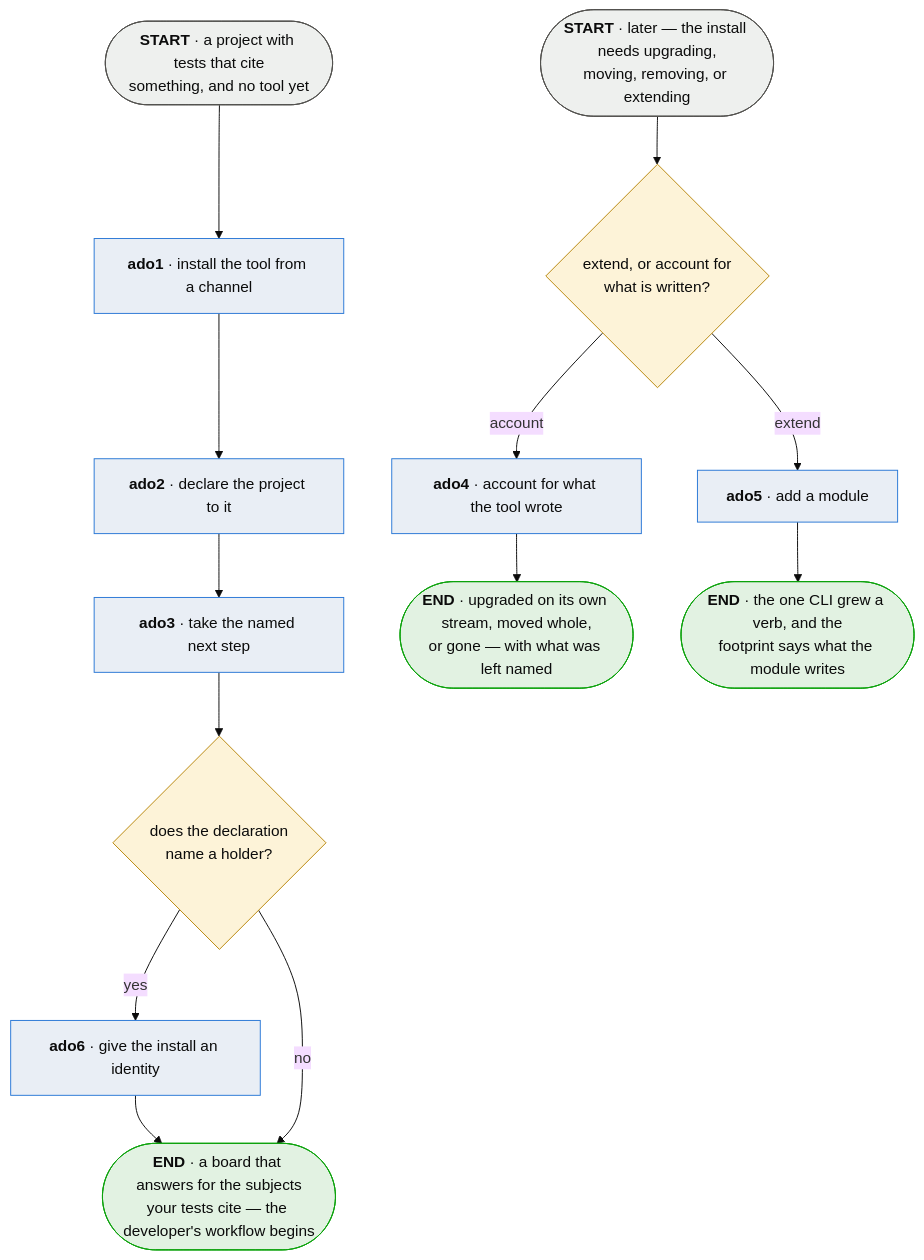
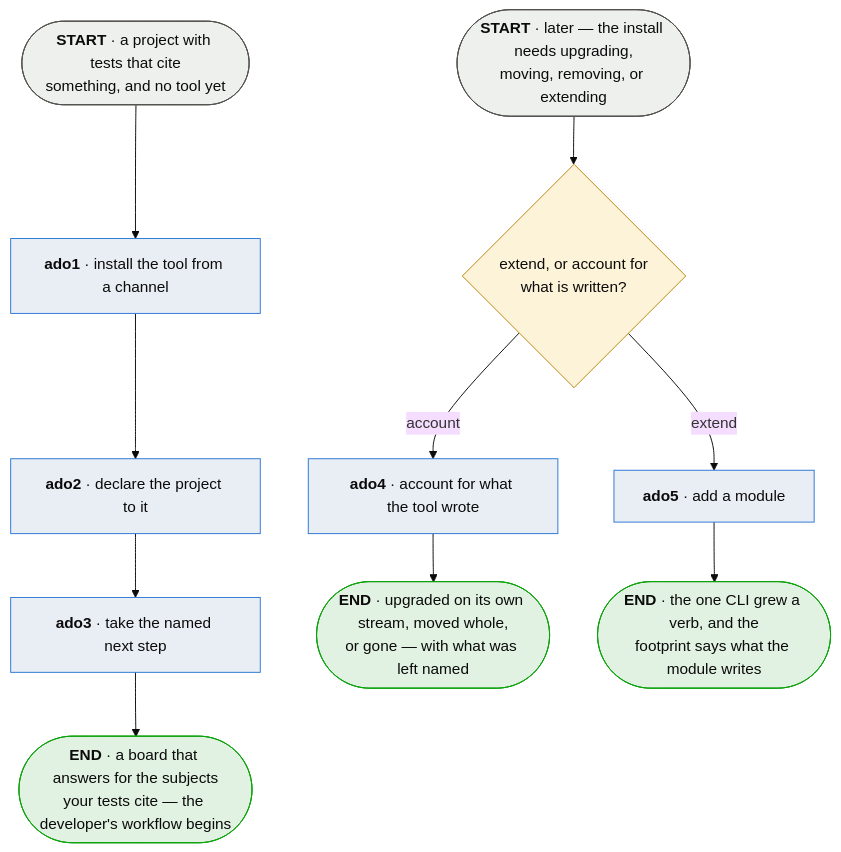
Before and after one commit to plumbspec/plumb: the diagram in spec/diagrams/ado-bring-plumb-to-a-project.md, drawn with Mermaid (base theme). The commit also changed other lines of this file and 20 other files, not shown here.

Commit message:
spec: the address is the credential, so the install holds no identity (96e39e0) spec: snd3 hands over with the destination's credential, and signs nothing (3a6b4a6) account: the address is the credential, and the install holds no key (614dcbe)

````diff
--- a/spec/diagrams/ado-bring-plumb-to-a-project.md
+++ b/spec/diagrams/ado-bring-plumb-to-a-project.md
@@ -10,31 +10,27 @@
 ```mermaid
 flowchart TD
     IN([<b>START</b> · a project with tests that cite<br/>something, and no tool yet]):::terminal
 
     INST[<b>ado1</b> · install the tool from a channel]:::process
     DECL[<b>ado2</b> · declare the project to it]:::process
     NEXT[<b>ado3</b> · take the named next step]:::process
-    HOLDQ{does the declaration<br/>name a holder?}:::question
-    IDEN[<b>ado6</b> · give the install an identity]:::process
 
     OUT([<b>END</b> · a board that answers for the subjects<br/>your tests cite — the developer's workflow begins]):::good
 
     LATER([<b>START</b> · later — the install needs upgrading,<br/>moving, removing, or extending]):::terminal
     WHICHQ{extend, or account for<br/>what is written?}:::question
     MAINT[<b>ado4</b> · account for what the tool wrote]:::process
     MODADD[<b>ado5</b> · add a module]:::process
     DONE([<b>END</b> · upgraded on its own stream, moved whole,<br/>or gone — with what was left named]):::good
     GREW([<b>END</b> · the one CLI grew a verb, and the<br/>footprint says what the module writes]):::good
 
-    IN --> INST --> DECL --> NEXT --> HOLDQ
-    HOLDQ -->|yes| IDEN --> OUT
-    HOLDQ -->|no| OUT
+    IN --> INST --> DECL --> NEXT --> OUT
     LATER --> WHICHQ
     WHICHQ -->|account| MAINT --> DONE
     WHICHQ -->|extend| MODADD --> GREW
 
     classDef terminal fill:#eef0ee,stroke:#52514e,color:#0b0b0b;
     classDef process fill:#e9eef5,stroke:#2a78d6,color:#0b0b0b;
     classDef question fill:#fdf3d8,stroke:#b8860b,color:#0b0b0b;
     classDef good fill:#e2f2e2,stroke:#0ca30c,color:#0b0b0b;
 ```
````
